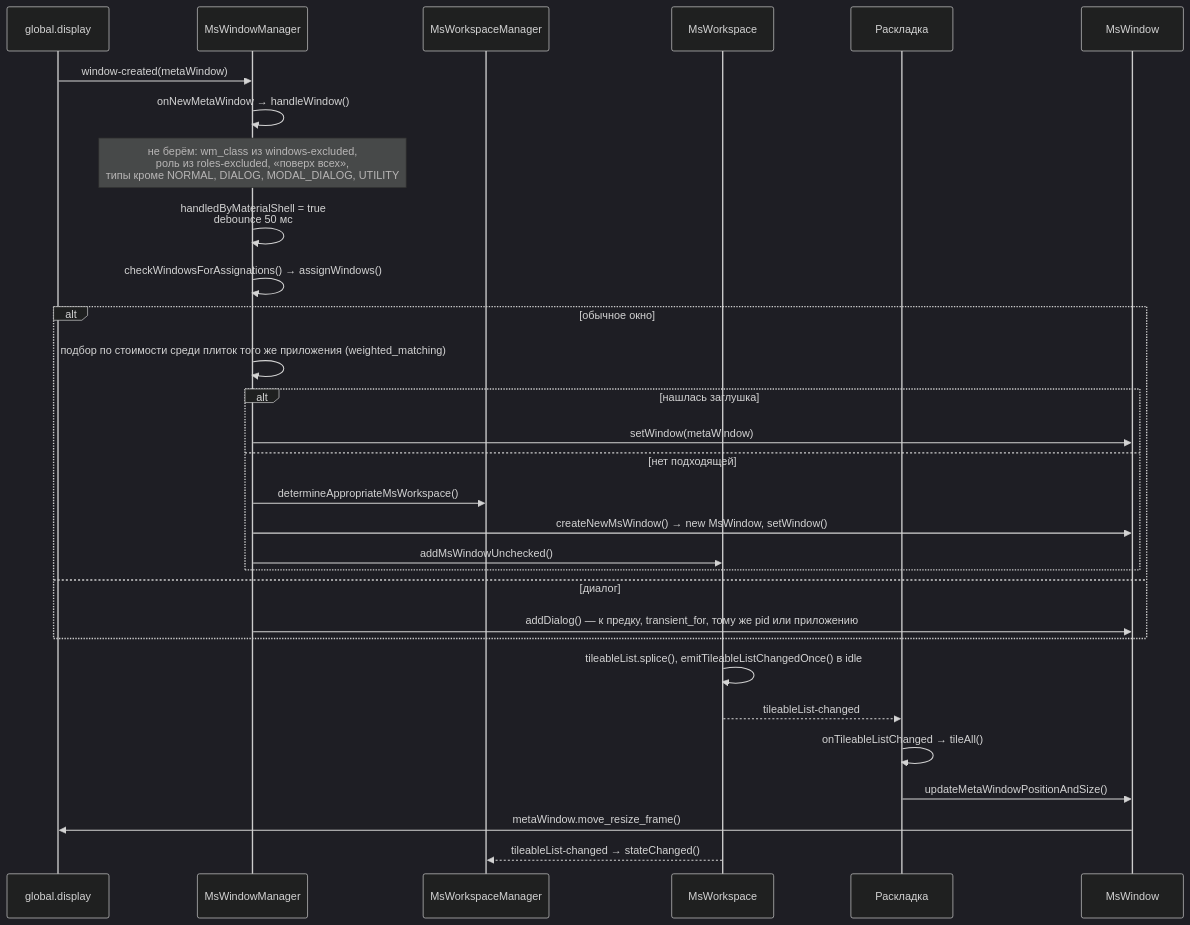
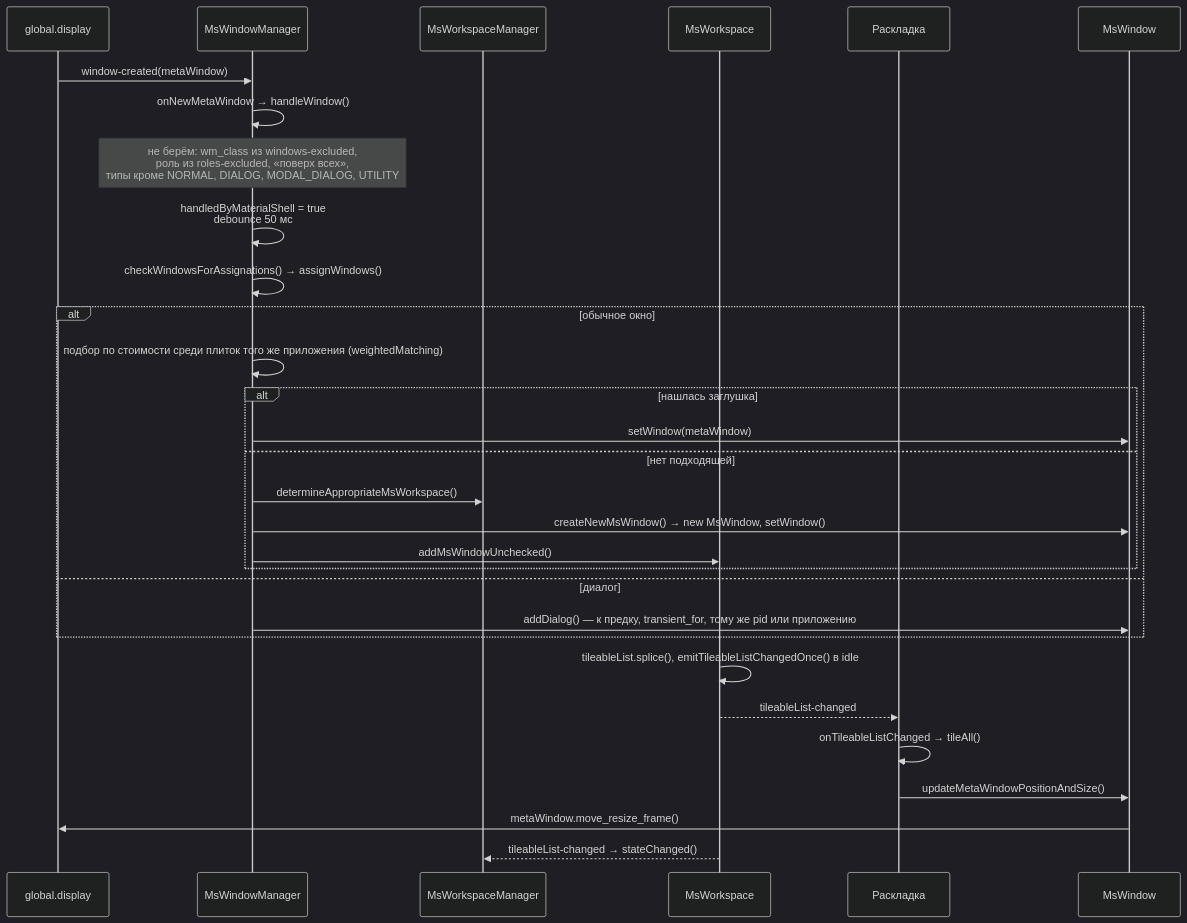
One commit to 3axapp/material-shell changed the fourth of 8 diagrams in documentation/development/ARCHITECTURE.md. Above: the diagram before and after it, drawn with Mermaid (dark theme). The commit also changed other lines of this file and 16 other files, not shown here.

````diff
--- a/documentation/development/ARCHITECTURE.md
+++ b/documentation/development/ARCHITECTURE.md
@@ -194,33 +194,33 @@
 ```mermaid
 sequenceDiagram
     participant Mutter as global.display
     participant WM as MsWindowManager
     participant WSM as MsWorkspaceManager
     participant WS as MsWorkspace
     participant L as Раскладка
     participant W as MsWindow
 
     Mutter->>WM: window-created(metaWindow)
     WM->>WM: onNewMetaWindow → handleWindow()
     Note over WM: не берём: wm_class из windows-excluded,<br/>роль из roles-excluded, «поверх всех»,<br/>типы кроме NORMAL, DIALOG, MODAL_DIALOG, UTILITY
     WM->>WM: handledByMaterialShell = true<br/>debounce 50 мс
     WM->>WM: checkWindowsForAssignations() → assignWindows()
     alt обычное окно
-        WM->>WM: подбор по стоимости среди плиток того же приложения (weighted_matching)
+        WM->>WM: подбор по стоимости среди плиток того же приложения (weightedMatching)
         alt нашлась заглушка
             WM->>W: setWindow(metaWindow)
         else нет подходящей
             WM->>WSM: determineAppropriateMsWorkspace()
             WM->>W: createNewMsWindow() → new MsWindow, setWindow()
             WM->>WS: addMsWindowUnchecked()
         end
     else диалог
         WM->>W: addDialog() — к предку, transient_for, тому же pid или приложению
     end
     WS->>WS: tileableList.splice(), emitTileableListChangedOnce() в idle
     WS-->>L: tileableList-changed
     L->>L: onTileableListChanged → tileAll()
     L->>W: updateMetaWindowPositionAndSize()
     W->>Mutter: metaWindow.move_resize_frame()
     WS-->>WSM: tileableList-changed → stateChanged()
 ```
````
